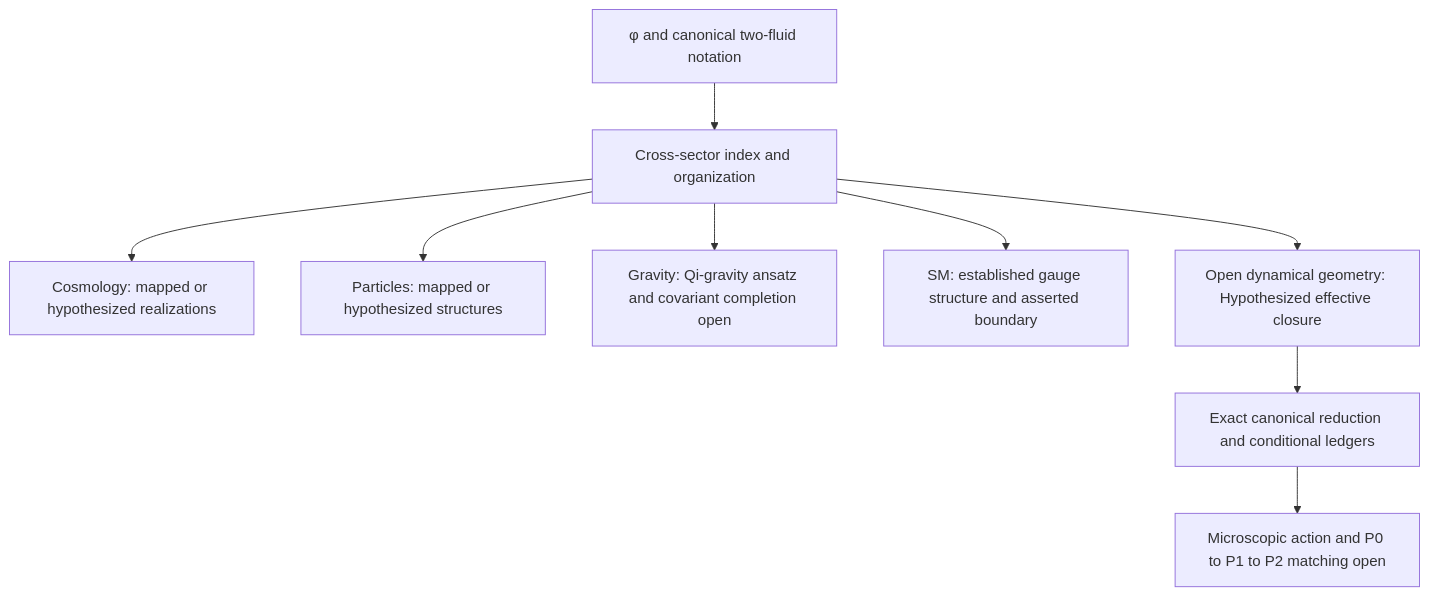
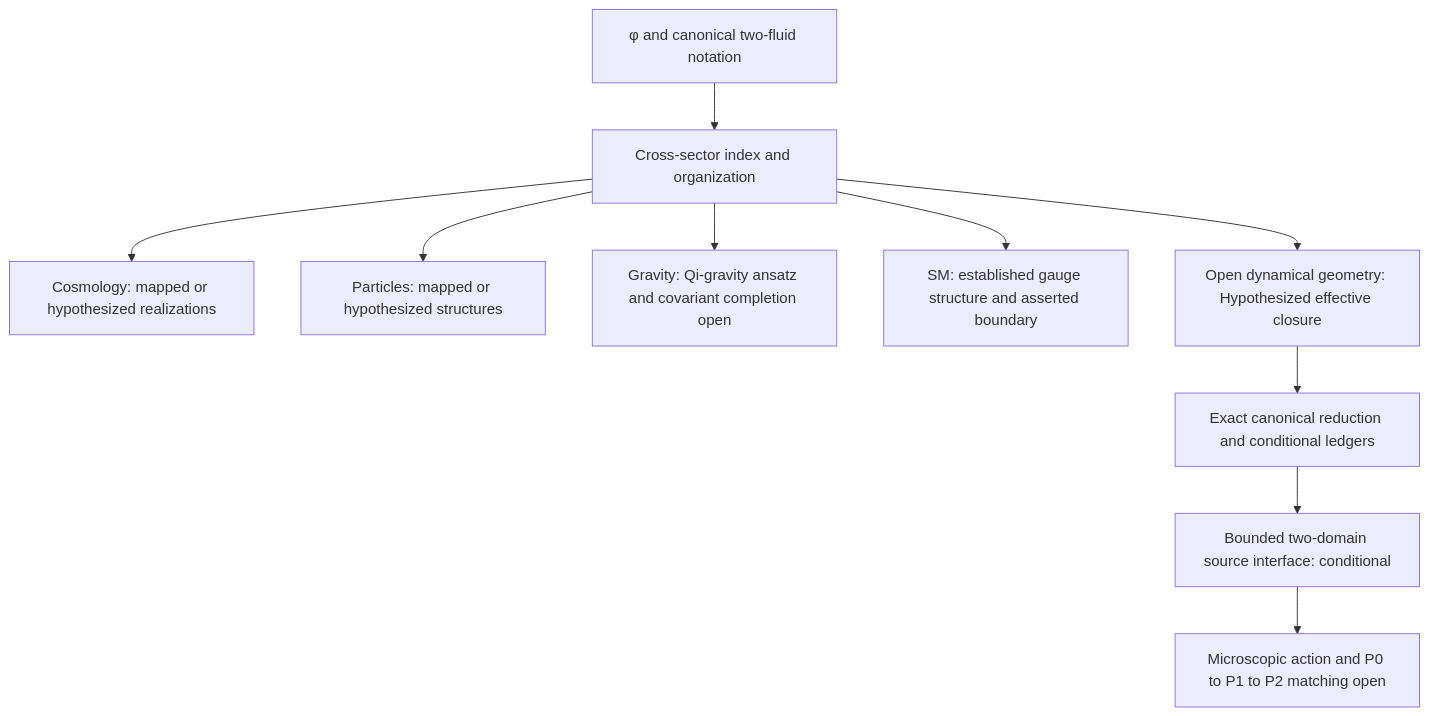
One commit to CassiTheOracle/cassi changed diagram 28 of 37 in CassiTheory/open-questions-cassi-answers.md. Above: the diagram before and after it, drawn with Mermaid. The commit also changed other lines of this file and 11 other files, not shown here.

````diff
--- a/CassiTheory/open-questions-cassi-answers.md
+++ b/CassiTheory/open-questions-cassi-answers.md
@@ -1105,11 +1115,12 @@
 ```mermaid
 flowchart TD
     A[φ and canonical two-fluid notation] --> B[Cross-sector index and organization]
     B --> C[Cosmology: mapped or hypothesized realizations]
     B --> D[Particles: mapped or hypothesized structures]
     B --> E[Gravity: Qi-gravity ansatz and covariant completion open]
     B --> F[SM: established gauge structure and asserted boundary]
     B --> H[Open dynamical geometry: Hypothesized effective closure]
     H --> I[Exact canonical reduction and conditional ledgers]
-    I --> G[Microscopic action and P0 to P1 to P2 matching open]
+    I --> J[Bounded two-domain source interface: conditional]
+    J --> G[Microscopic action and P0 to P1 to P2 matching open]
 ```
````
